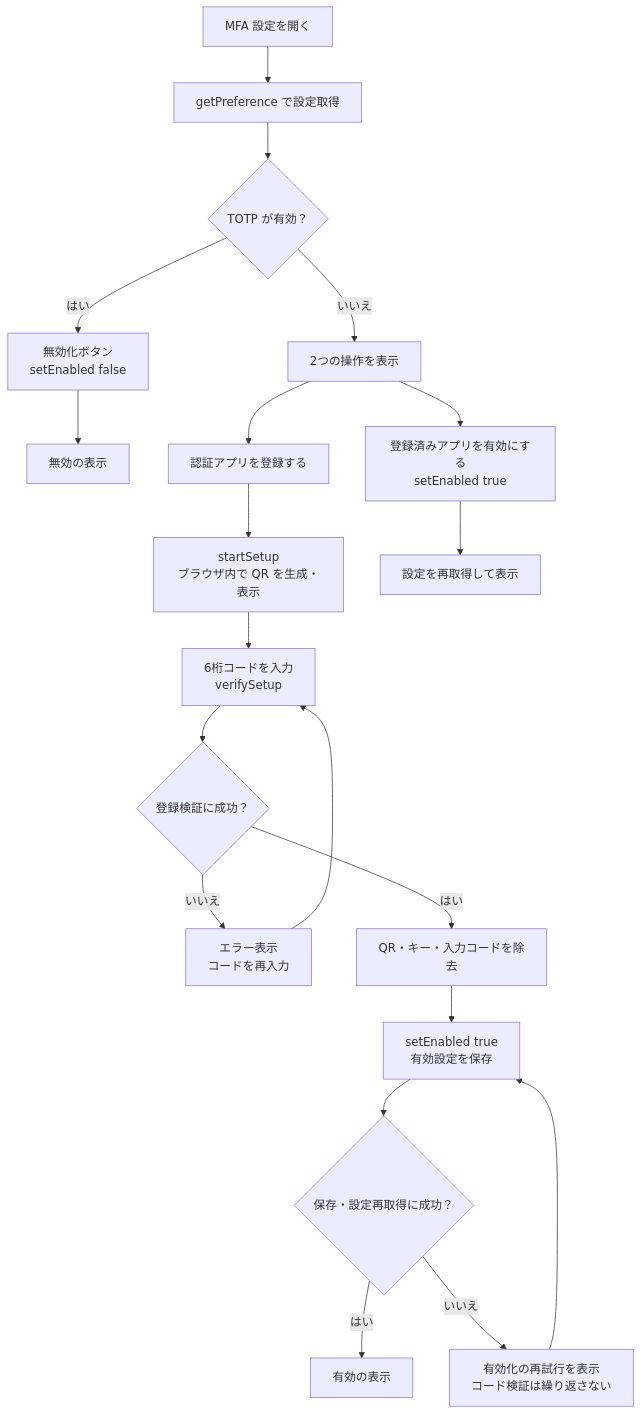
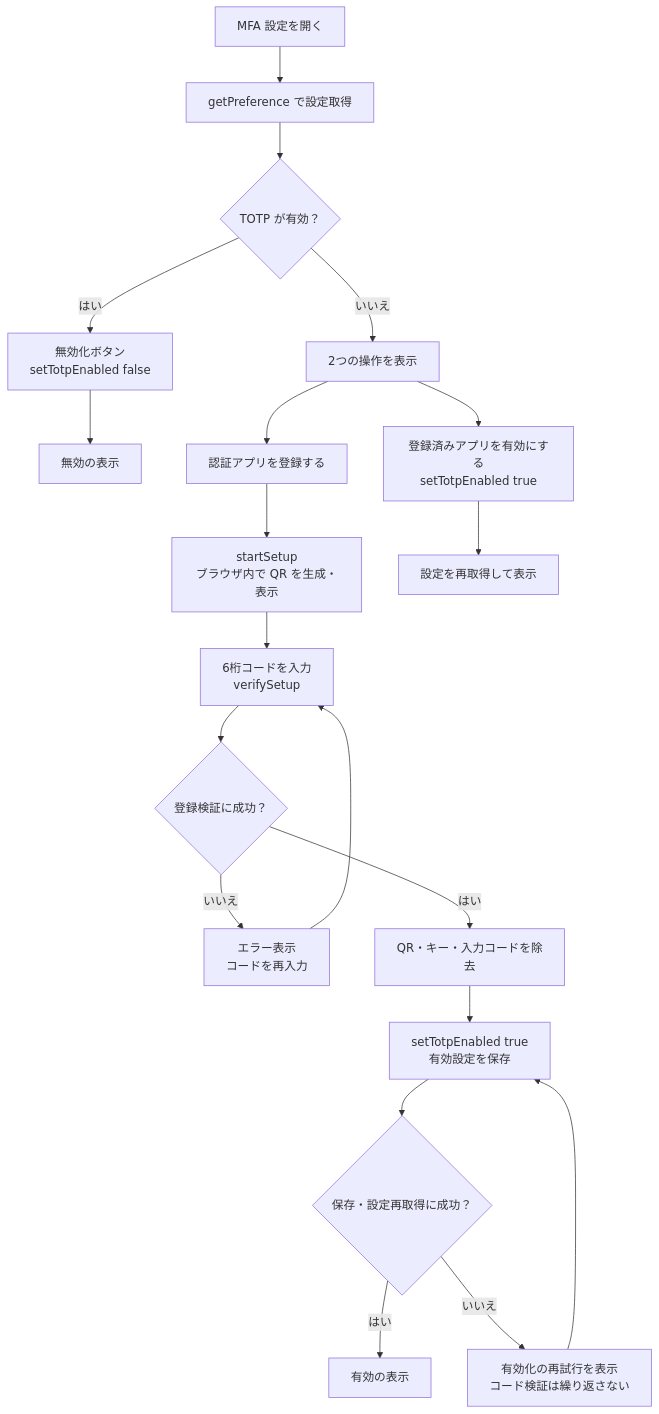
One commit to tayutaedomo/react-cognito-sandbox changed the third of 3 diagrams in docs/mfa-frontend-implementation.md. Above: the diagram before and after it, drawn with Mermaid. The commit also changed other lines of this file and 3 other files, not shown here.

````diff
--- a/docs/mfa-frontend-implementation.md
+++ b/docs/mfa-frontend-implementation.md
@@ -96,22 +96,22 @@
 ```mermaid
 flowchart TB
     Open["MFA 設定を開く"] --> Read["getPreference で設定取得"]
     Read --> Enabled{"TOTP が有効？"}
-    Enabled -->|はい| Disable["無効化ボタン<br/>setEnabled false"]
+    Enabled -->|はい| Disable["無効化ボタン<br/>setTotpEnabled false"]
     Disable --> Inactive["無効の表示"]
     Enabled -->|いいえ| Actions["2つの操作を表示"]
     Actions --> New["認証アプリを登録する"]
-    Actions --> Existing["登録済みアプリを有効にする<br/>setEnabled true"]
+    Actions --> Existing["登録済みアプリを有効にする<br/>setTotpEnabled true"]
     New --> Setup["startSetup<br/>ブラウザ内で QR を生成・表示"]
     Setup --> Verify["6桁コードを入力<br/>verifySetup"]
     Verify --> Valid{"登録検証に成功？"}
     Valid -->|いいえ| Error["エラー表示<br/>コードを再入力"]
     Error --> Verify
     Valid -->|はい| Clear["QR・キー・入力コードを除去"]
-    Clear --> Save["setEnabled true<br/>有効設定を保存"]
+    Clear --> Save["setTotpEnabled true<br/>有効設定を保存"]
     Save --> Saved{"保存・設定再取得に成功？"}
     Saved -->|はい| Active["有効の表示"]
     Saved -->|いいえ| Retry["有効化の再試行を表示<br/>コード検証は繰り返さない"]
     Retry --> Save
     Existing --> Refresh["設定を再取得して表示"]
 ```
````
